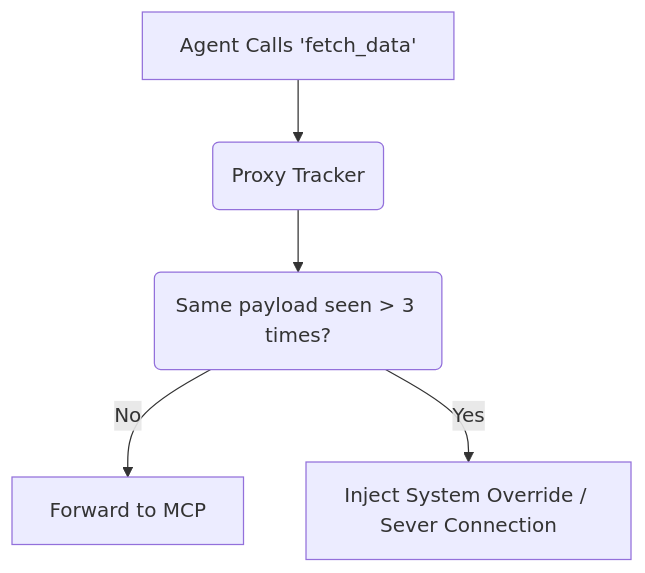
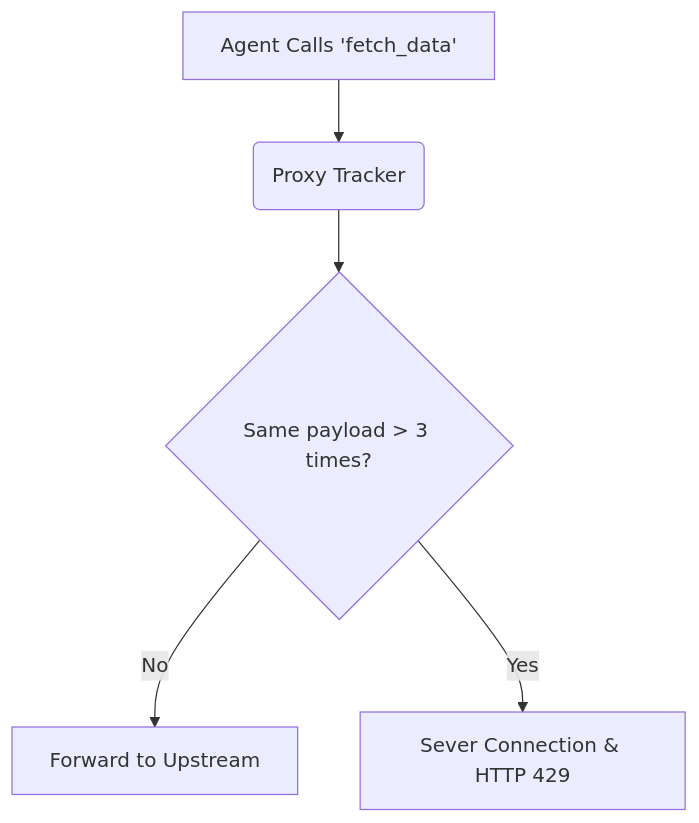
The diagram in website/docs/features/advanced-threat-defense-enterprise-resilience/composite-agent-loop-circuit-breaker.md (ninadphalak/LLM-Shield-Proxy), drawn with Mermaid before and after one commit. The commit also changed other lines of this file and 94 other files, not shown here.

````diff
--- a/website/docs/features/advanced-threat-defense-enterprise-resilience/composite-agent-loop-circuit-breaker.md
+++ b/website/docs/features/advanced-threat-defense-enterprise-resilience/composite-agent-loop-circuit-breaker.md
@@ -20,7 +15,7 @@
 ```mermaid
 flowchart TD
     A[Agent Calls 'fetch_data'] --> B(Proxy Tracker)
-    B --> C(Same payload seen > 3 times?)
-    C -->|No| D[Forward to MCP]
-    C -->|Yes| E[Inject System Override / Sever Connection]
+    B --> C{Same payload > 3 times?}
+    C -->|No| D[Forward to Upstream]
+    C -->|Yes| E[Sever Connection & HTTP 429]
 ```
````
